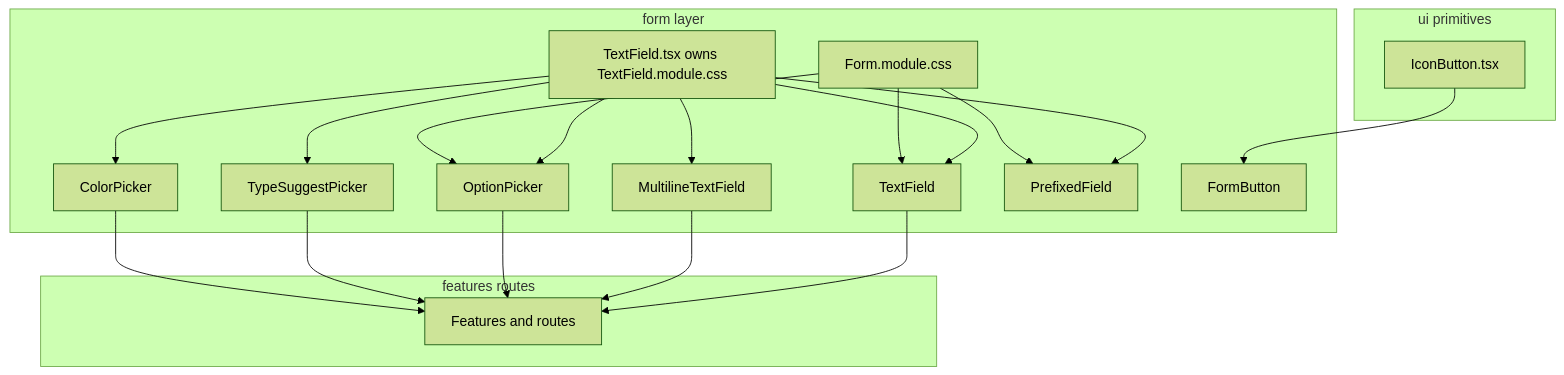
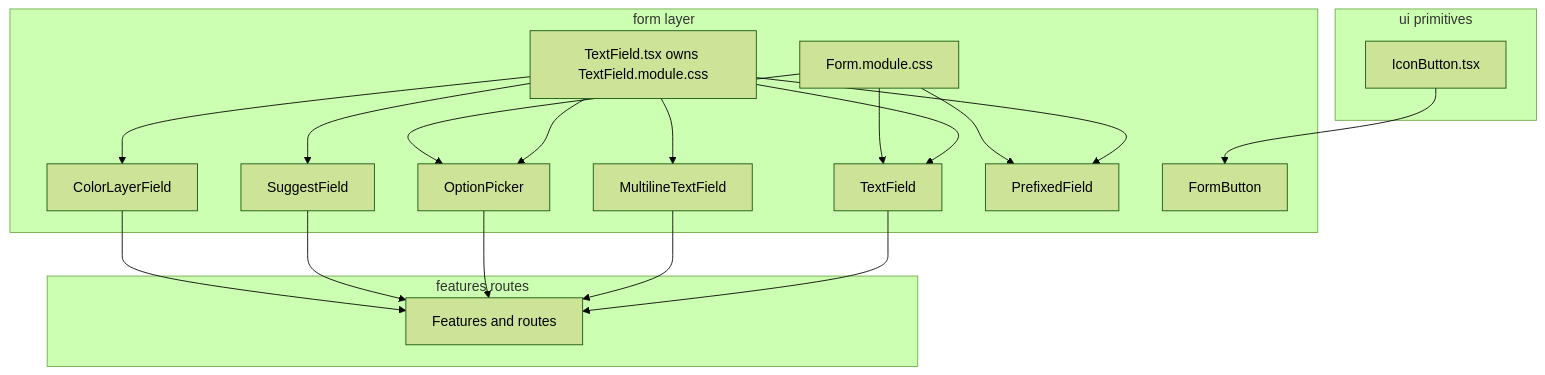
The diagram in docs/technical/ui-component-hierarchy.md (ndelangen/tanstack-start), drawn with Mermaid (forest theme) before and after one commit. The commit also changed other lines of this file and 47 other files, not shown here.

First line of the commit message:
Enhance form components with new `SuggestField` and `ColorLayerField`

````diff
--- a/docs/technical/ui-component-hierarchy.md
+++ b/docs/technical/ui-component-hierarchy.md
@@ -67,35 +67,35 @@
 ```mermaid
 flowchart TB
   subgraph ui [ui primitives]
     IconButtonTSX[IconButton.tsx]
   end
   subgraph form [form layer]
     TextFieldBase[TextField.tsx owns TextField.module.css]
     TextField[TextField]
     Multiline[MultilineTextField]
     OptionPicker[OptionPicker]
-    TypeSuggest[TypeSuggestPicker]
-    ColorPicker[ColorPicker]
+    SuggestField[SuggestField]
+    ColorLayerField[ColorLayerField]
     PrefixedField[PrefixedField]
     FormBtn[FormButton]
     FormModuleCSS[Form.module.css]
   end
   subgraph features [features routes]
     Routes[Features and routes]
   end
   TextFieldBase --> TextField
   TextFieldBase --> Multiline
   TextFieldBase --> OptionPicker
-  TextFieldBase --> TypeSuggest
-  TextFieldBase --> ColorPicker
+  TextFieldBase --> SuggestField
+  TextFieldBase --> ColorLayerField
   TextFieldBase --> PrefixedField
   FormModuleCSS --> TextField
   FormModuleCSS --> OptionPicker
   FormModuleCSS --> PrefixedField
   IconButtonTSX --> FormBtn
   TextField --> Routes
   Multiline --> Routes
   OptionPicker --> Routes
-  TypeSuggest --> Routes
-  ColorPicker --> Routes
+  SuggestField --> Routes
+  ColorLayerField --> Routes
 ```
````
